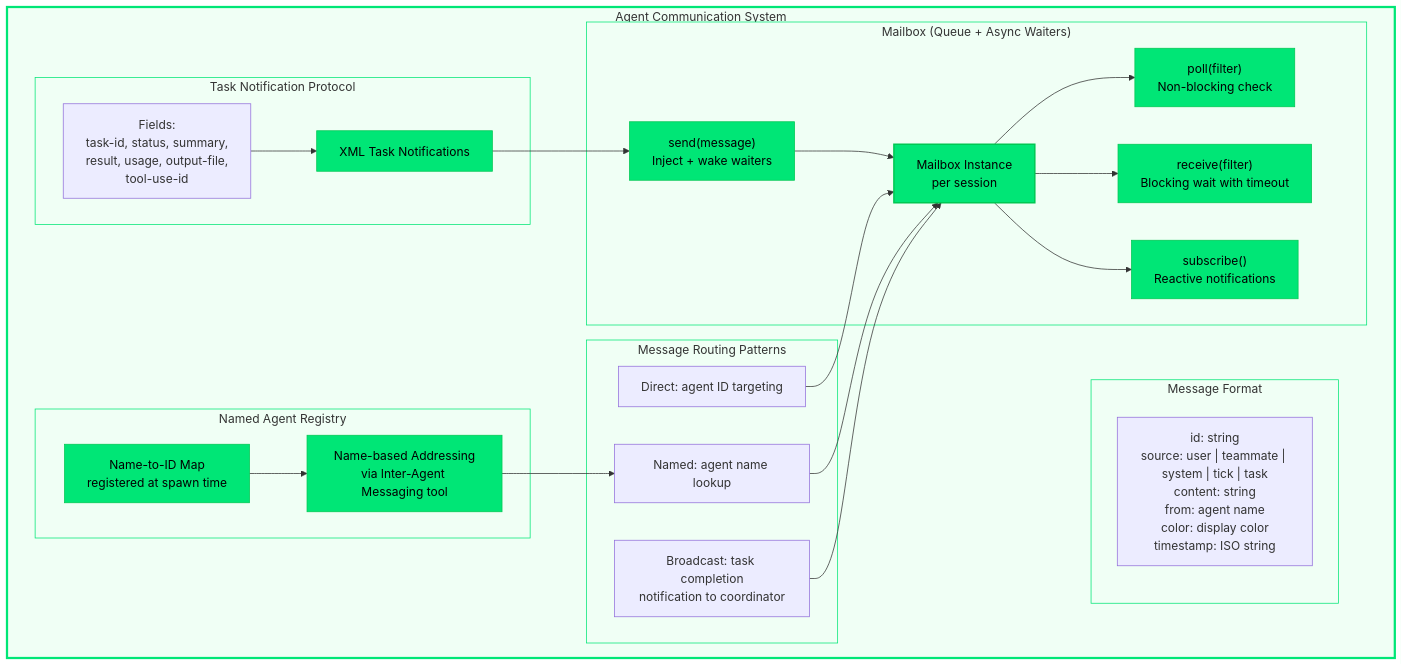
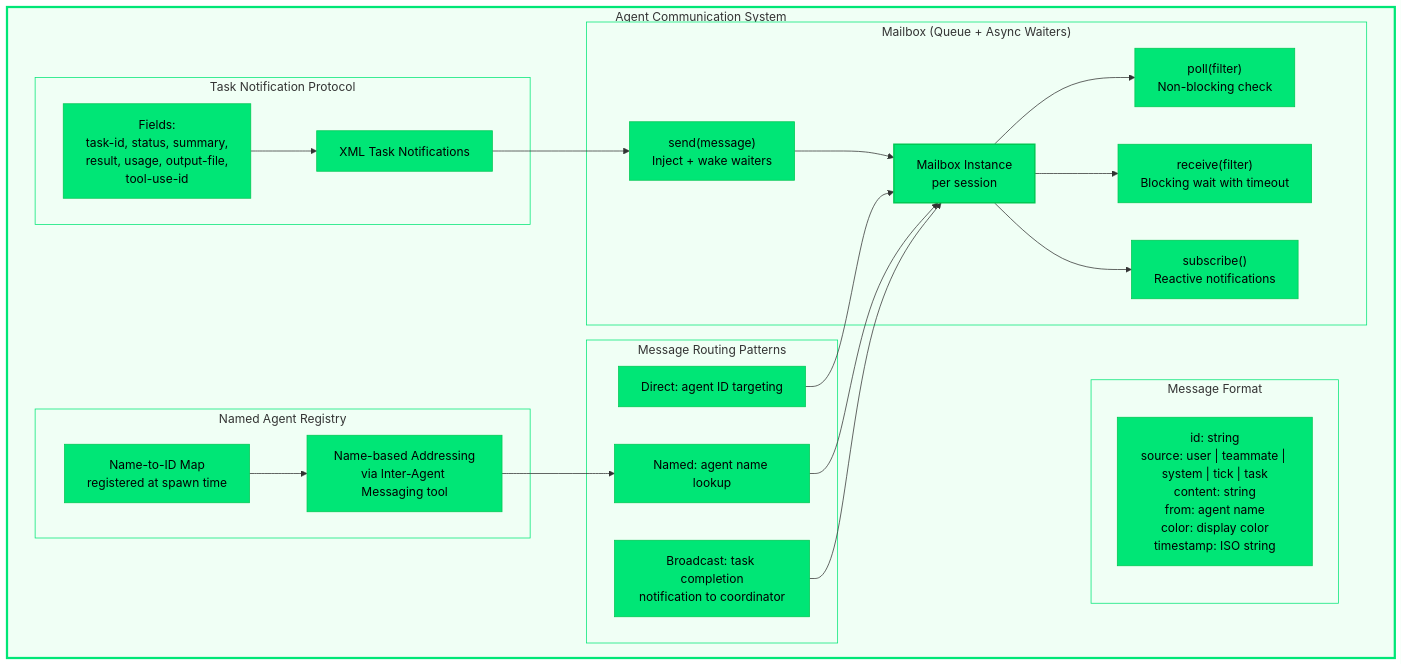
Diagram 13 of 14 in DIAGRAMS.md (PavelValentov/multi-agent-architecture), drawn with Mermaid before and after one commit. The commit also changed other lines of this file, not shown here.

````diff
--- a/DIAGRAMS.md
+++ b/DIAGRAMS.md
@@ -1042,59 +1069,64 @@
 ```mermaid
 graph TB
     subgraph AgentComm["Agent Communication System"]
         subgraph MailboxSystem["Mailbox (Queue + Async Waiters)"]
             MB_CLASS["Mailbox Instance<br/>per session"]
             SEND["send(message)<br/>Inject + wake waiters"]
             POLL["poll(filter)<br/>Non-blocking check"]
             RECEIVE["receive(filter)<br/>Blocking wait with timeout"]
             SUBSCRIBE["subscribe()<br/>Reactive notifications"]
         end
 
         subgraph MessageFormat["Message Format"]
             MSG_FIELDS["id: string<br/>source: user | teammate | system | tick | task<br/>content: string<br/>from: agent name<br/>color: display color<br/>timestamp: ISO string"]
         end
 
         subgraph TaskNotifications["Task Notification Protocol"]
             TASK_NOTIF["XML Task Notifications"]
             NOTIF_FIELDS["Fields:<br/>task-id, status, summary,<br/>result, usage, output-file,<br/>tool-use-id"]
         end
 
         subgraph NameRegistry["Named Agent Registry"]
             REG_MAP["Name-to-ID Map<br/>registered at spawn time"]
             LOOKUP["Name-based Addressing<br/>via Inter-Agent Messaging tool"]
         end
 
         subgraph MessageRouting["Message Routing Patterns"]
             DIRECT["Direct: agent ID targeting"]
             NAMED["Named: agent name lookup"]
             BROADCAST["Broadcast: task completion<br/>notification to coordinator"]
         end
     end
 
     SEND --> MB_CLASS
     MB_CLASS --> POLL
     MB_CLASS --> RECEIVE
     MB_CLASS --> SUBSCRIBE
     TASK_NOTIF --> SEND
     NOTIF_FIELDS --> TASK_NOTIF
     REG_MAP --> LOOKUP
     LOOKUP --> NAMED
     DIRECT --> MB_CLASS
     NAMED --> MB_CLASS
     BROADCAST --> MB_CLASS
 
     style AgentComm fill:#f0fff5,stroke:#00e676,stroke-width:3px,color:#333
     style MailboxSystem fill:#f0fff5,stroke:#00e676,stroke-width:1px,color:#333
     style MessageFormat fill:#f0fff5,stroke:#00e676,stroke-width:1px,color:#333
     style TaskNotifications fill:#f0fff5,stroke:#00e676,stroke-width:1px,color:#333
     style NameRegistry fill:#f0fff5,stroke:#00e676,stroke-width:1px,color:#333
     style MessageRouting fill:#f0fff5,stroke:#00e676,stroke-width:1px,color:#333
     style MB_CLASS fill:#00e676,stroke:#00c853,stroke-width:2px,color:#000
     style SEND fill:#00e676,stroke:#00c853,stroke-width:1px,color:#000
     style POLL fill:#00e676,stroke:#00c853,stroke-width:1px,color:#000
     style RECEIVE fill:#00e676,stroke:#00c853,stroke-width:1px,color:#000
     style SUBSCRIBE fill:#00e676,stroke:#00c853,stroke-width:1px,color:#000
     style TASK_NOTIF fill:#00e676,stroke:#00c853,stroke-width:1px,color:#000
     style REG_MAP fill:#00e676,stroke:#00c853,stroke-width:1px,color:#000
     style LOOKUP fill:#00e676,stroke:#00c853,stroke-width:1px,color:#000
+    style MSG_FIELDS fill:#00e676,stroke:#00c853,stroke-width:1px,color:#000
+    style NOTIF_FIELDS fill:#00e676,stroke:#00c853,stroke-width:1px,color:#000
+    style DIRECT fill:#00e676,stroke:#00c853,stroke-width:1px,color:#000
+    style NAMED fill:#00e676,stroke:#00c853,stroke-width:1px,color:#000
+    style BROADCAST fill:#00e676,stroke:#00c853,stroke-width:1px,color:#000
 ```
````
